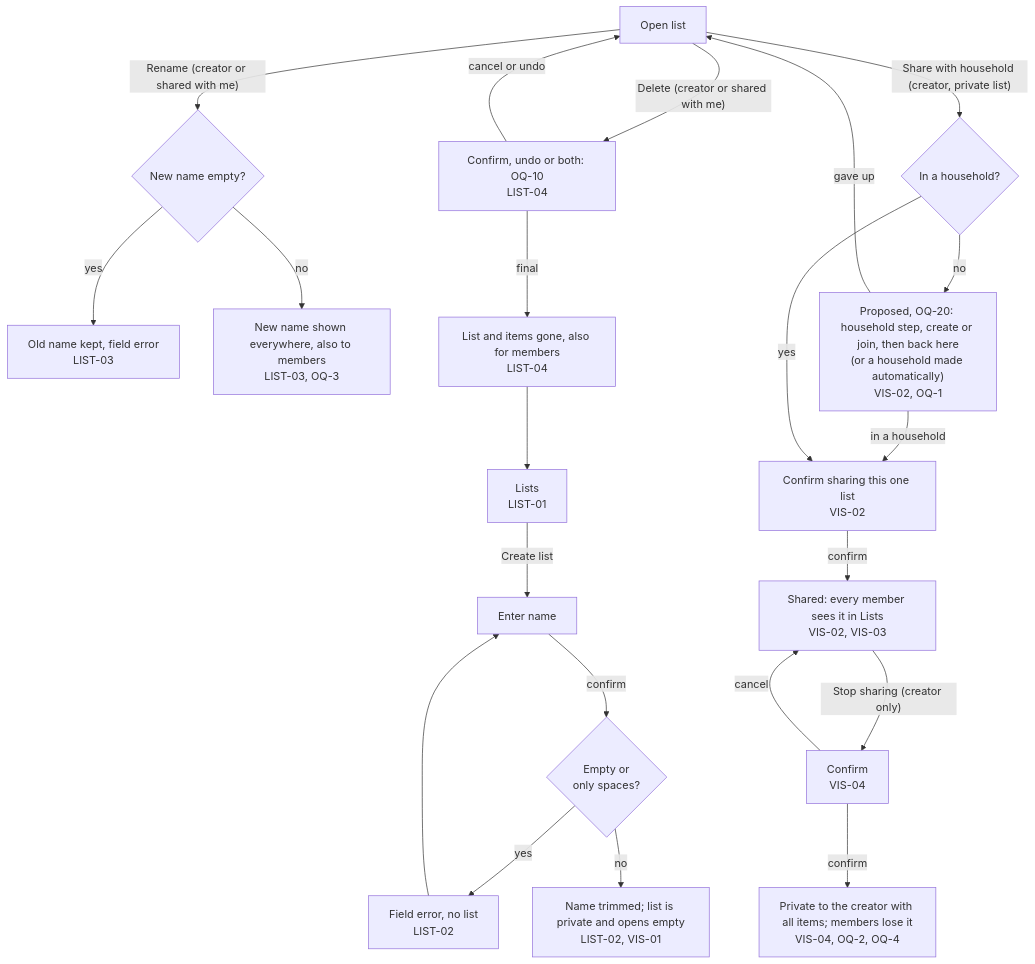
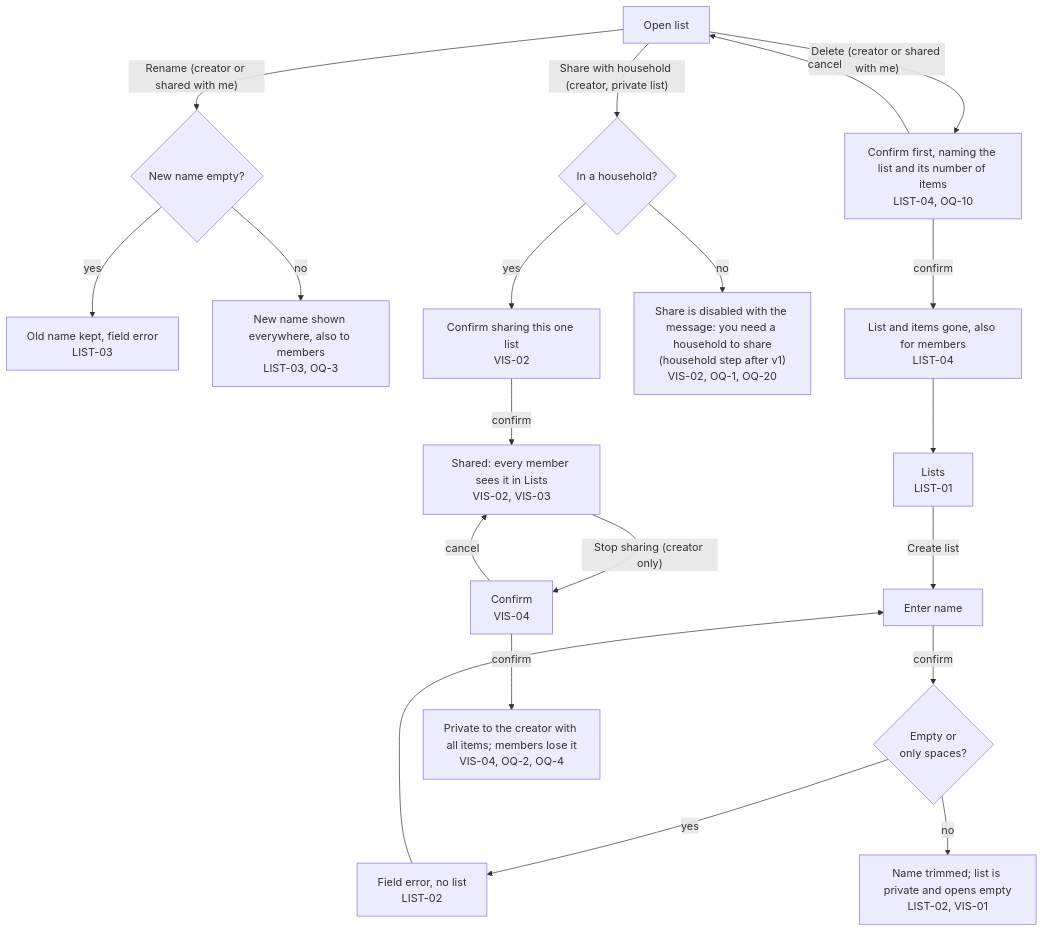
The fifth of 10 diagrams in docs/product/flow.md (bondo/listicles2), drawn with Mermaid before and after one commit. The commit also changed other lines of this file and 2 other files, not shown here.

First line of the commit message:
M0.5-03: draft visual-quality rubric; flow.md follows the owner decisions OQ-8..10, 14, 20..22

````diff
--- a/docs/product/flow.md
+++ b/docs/product/flow.md
@@ -125,22 +125,20 @@
 ```mermaid
 flowchart TD
     lists["Lists<br>LIST-01"] -- "Create list" --> name["Enter name"]
     name -- "confirm" --> nvalid{"Empty or<br>only spaces?"}
     nvalid -- "yes" --> nerr["Field error, no list<br>LIST-02"] --> name
     nvalid -- "no" --> newlist["Name trimmed; list is private and opens empty<br>LIST-02, VIS-01"]
     open["Open list"] -- "Rename (creator or shared with me)" --> rn{"New name empty?"}
     rn -- "yes" --> rnerr["Old name kept, field error<br>LIST-03"]
     rn -- "no" --> renamed["New name shown everywhere, also to members<br>LIST-03, OQ-3"]
-    open -- "Delete (creator or shared with me)" --> del["Confirm, undo or both: OQ-10<br>LIST-04"]
-    del -- "cancel or undo" --> open
-    del -- "final" --> dgone["List and items gone, also for members<br>LIST-04"] --> lists
+    open -- "Delete (creator or shared with me)" --> del["Confirm first, naming the list and its number of items<br>LIST-04, OQ-10"]
+    del -- "cancel" --> open
+    del -- "confirm" --> dgone["List and items gone, also for members<br>LIST-04"] --> lists
     open -- "Share with household (creator, private list)" --> inhh{"In a household?"}
-    inhh -- "no" --> hstep["Proposed, OQ-20: household step, create or join, then back here<br>(or a household made automatically)<br>VIS-02, OQ-1"]
-    hstep -- "in a household" --> sconfirm
-    hstep -- "gave up" --> open
+    inhh -- "no" --> hstep["Share is disabled with the message: you need a household to share<br>(household step after v1)<br>VIS-02, OQ-1, OQ-20"]
     inhh -- "yes" --> sconfirm["Confirm sharing this one list<br>VIS-02"]
     sconfirm -- "confirm" --> shared["Shared: every member sees it in Lists<br>VIS-02, VIS-03"]
     shared -- "Stop sharing (creator only)" --> stop["Confirm<br>VIS-04"]
     stop -- "cancel" --> shared
     stop -- "confirm" --> private["Private to the creator with all items; members lose it<br>VIS-04, OQ-2, OQ-4"]
 ```
````
